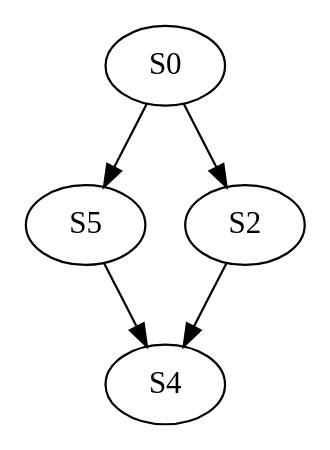
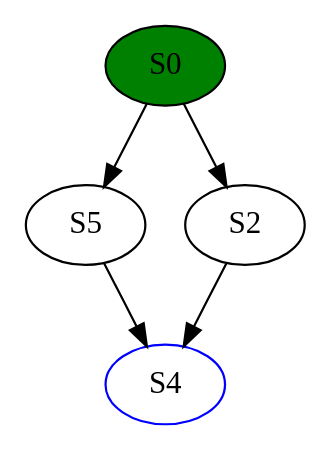
One commit to Issamoh/Automata-operations changed the diagram in dotsource.dot. Above: the diagram before and after it, drawn with Graphviz. The commit also changed 5 other files, not shown here.

Commit message:
added GraphViz with coloring intial and final states

```diff
--- a/dotsource.dot
+++ b/dotsource.dot
@@ -1,6 +1,8 @@
 digraph G {
-S5 -> S4
-S0 -> S5
-S0 -> S2
-S2 -> S4
+S4 [color=blue];
+S0 [style=filled, fillcolor=green];
+S5 -> S4;
+S0 -> S5;
+S0 -> S2;
+S2 -> S4;
 }
```
